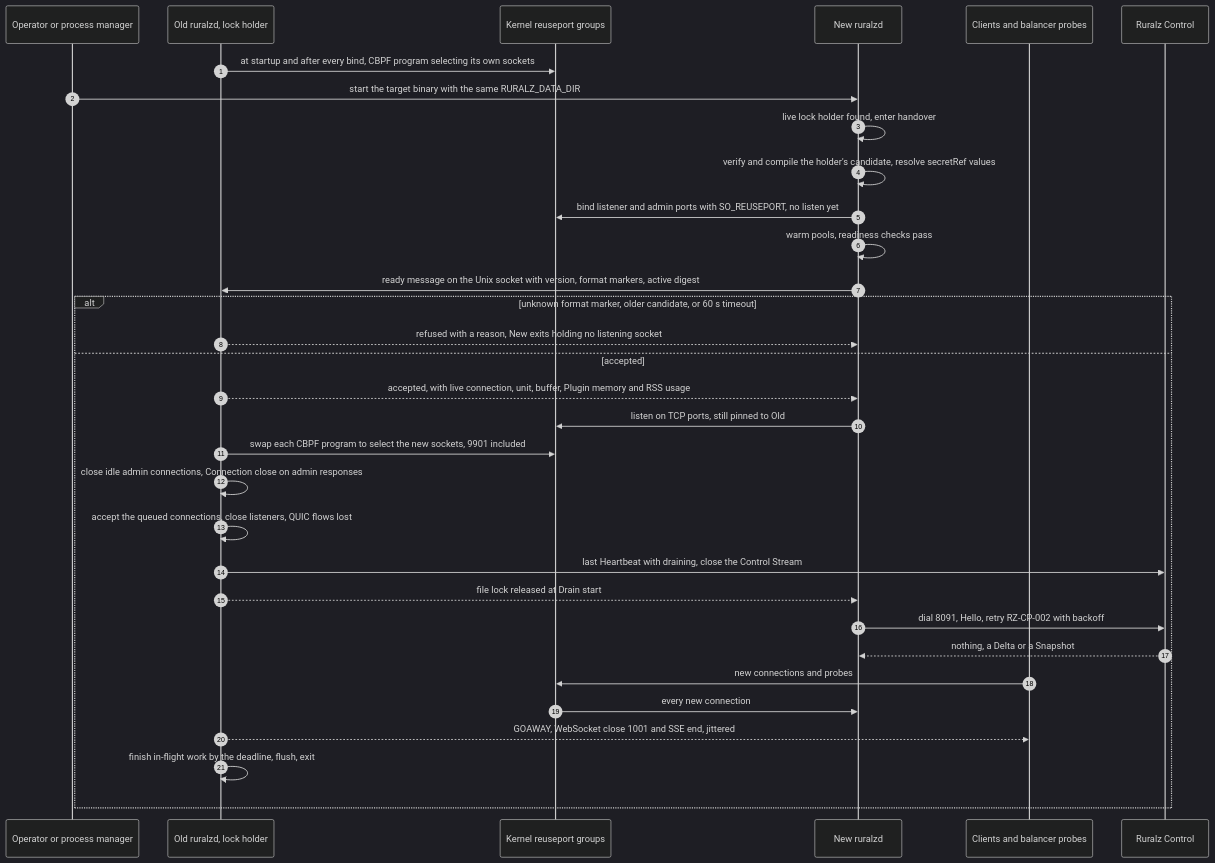
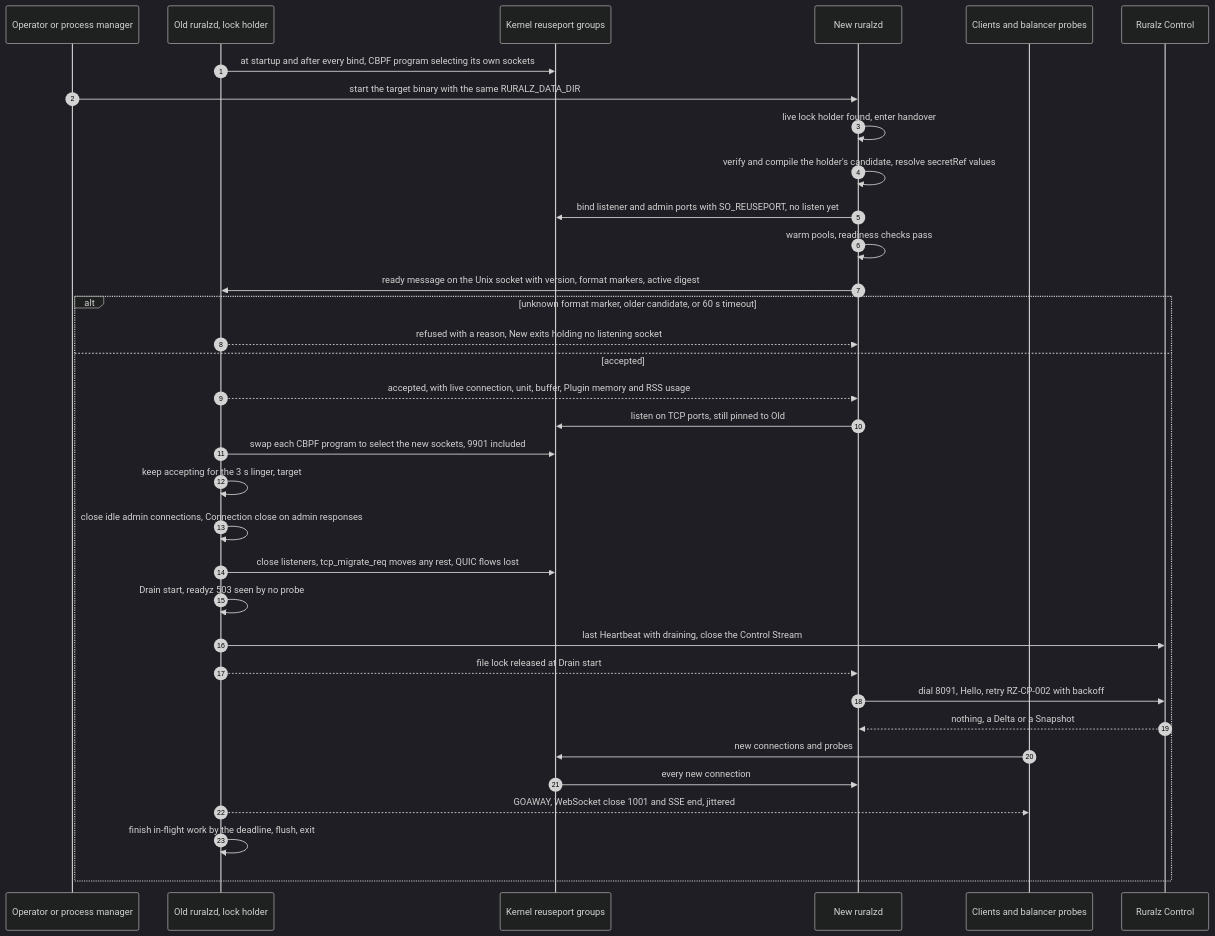
Before and after one commit to ravindu-rev/ruralz: the first of 4 diagrams in docs/operations/02-zero-downtime-upgrades-and-hot-reload.md, drawn with Mermaid (dark theme). The commit also changed other lines of this file and 14 other files, not shown here.

````diff
--- a/docs/operations/02-zero-downtime-upgrades-and-hot-reload.md
+++ b/docs/operations/02-zero-downtime-upgrades-and-hot-reload.md
@@ -144,34 +144,36 @@
 ```mermaid
 sequenceDiagram
     autonumber
     participant PM as Operator or process manager
     participant Old as Old ruralzd, lock holder
     participant K as Kernel reuseport groups
     participant New as New ruralzd
     participant C as Clients and balancer probes
     participant CT as Ruralz Control
     Old->>K: at startup and after every bind, CBPF program selecting its own sockets
     PM->>New: start the target binary with the same RURALZ_DATA_DIR
     New->>New: live lock holder found, enter handover
     New->>New: verify and compile the holder's candidate, resolve secretRef values
     New->>K: bind listener and admin ports with SO_REUSEPORT, no listen yet
     New->>New: warm pools, readiness checks pass
     New->>Old: ready message on the Unix socket with version, format markers, active digest
     alt unknown format marker, older candidate, or 60 s timeout
         Old-->>New: refused with a reason, New exits holding no listening socket
     else accepted
         Old-->>New: accepted, with live connection, unit, buffer, Plugin memory and RSS usage
         New->>K: listen on TCP ports, still pinned to Old
         Old->>K: swap each CBPF program to select the new sockets, 9901 included
+        Old->>Old: keep accepting for the 3 s linger, target
         Old->>Old: close idle admin connections, Connection close on admin responses
-        Old->>Old: accept the queued connections, close listeners, QUIC flows lost
+        Old->>K: close listeners, tcp_migrate_req moves any rest, QUIC flows lost
+        Old->>Old: Drain start, readyz 503 seen by no probe
         Old->>CT: last Heartbeat with draining, close the Control Stream
         Old-->>New: file lock released at Drain start
         New->>CT: dial 8091, Hello, retry RZ-CP-002 with backoff
         CT-->>New: nothing, a Delta or a Snapshot
         C->>K: new connections and probes
         K->>New: every new connection
         Old-->>C: GOAWAY, WebSocket close 1001 and SSE end, jittered
         Old->>Old: finish in-flight work by the deadline, flush, exit
     end
 ```
````
